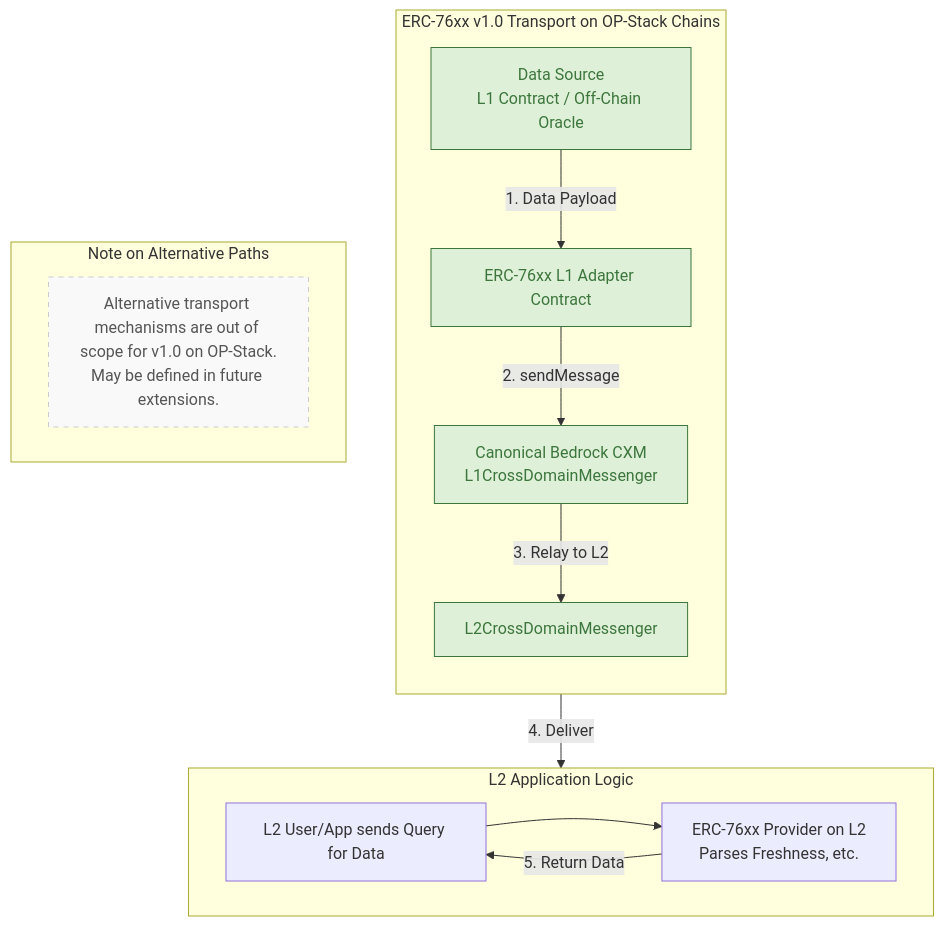
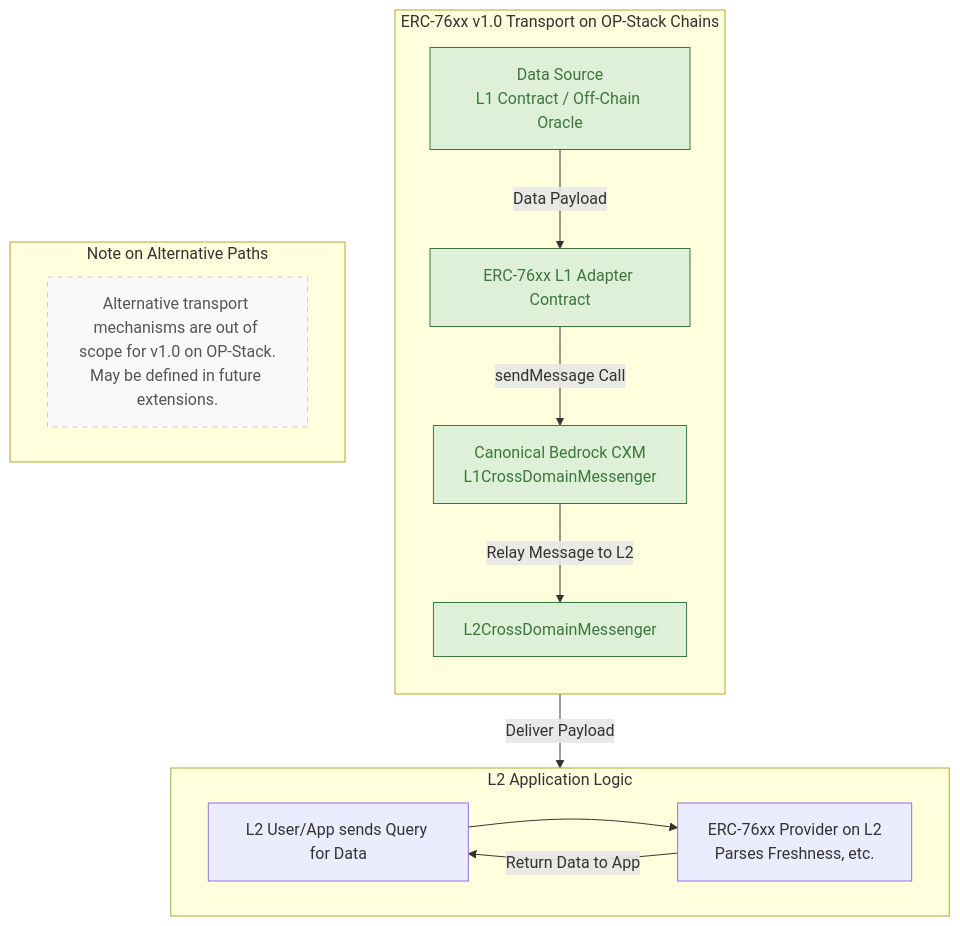
One commit to solosage1/anyprice-oracle changed the diagram in EIP.md. Above: the diagram before and after it, drawn with Mermaid.

Commit message:
fix: remove leading numbers from Mermaid edge labels to prevent list errors

````diff
--- a/EIP.md
+++ b/EIP.md
@@ -545,33 +545,33 @@
 ```mermaid
 graph TD
     subgraph L2_Logic[L2 Application Logic]
         direction LR
         App["L2 User/App sends Query for Data"]
         Provider["ERC-76xx Provider on L2\nParses Freshness, etc."]
         App --> Provider
     end
 
     subgraph Transport[ERC-76xx v1.0 Transport on OP-Stack Chains]
         direction TB
         DataSrc["Data Source\nL1 Contract / Off-Chain Oracle"]
         L1Adapter["ERC-76xx L1 Adapter Contract"]
         CXM["Canonical Bedrock CXM\nL1CrossDomainMessenger"]
         L2Messenger["L2CrossDomainMessenger"]
         
-        DataSrc -->|1. Data Payload| L1Adapter
-        L1Adapter -->|2. sendMessage| CXM
-        CXM -->|3. Relay to L2| L2Messenger
-        L2Messenger -->|4. Deliver| Provider
+        DataSrc -->|Data Payload| L1Adapter
+        L1Adapter -->|sendMessage Call| CXM
+        CXM -->|Relay Message to L2| L2Messenger
+        L2Messenger -->|Deliver Payload| Provider
     end
 
-    Provider -->|5. Return Data| App
+    Provider -->|Return Data to App| App
 
     classDef canonicalOpStack fill:#DFF0D8,stroke:#3C763D,color:#3C763D
     class CXM,L1Adapter,L2Messenger,DataSrc canonicalOpStack
 
     subgraph Note[Note on Alternative Paths]
         direction LR
         PotentialFuture["Alternative transport mechanisms are out of scope for v1.0 on OP-Stack.\nMay be defined in future extensions."]
     end
     style PotentialFuture fill:#F9F9F9,stroke:#CCC,color:#555,stroke-dasharray: 5 5
 ```
````
